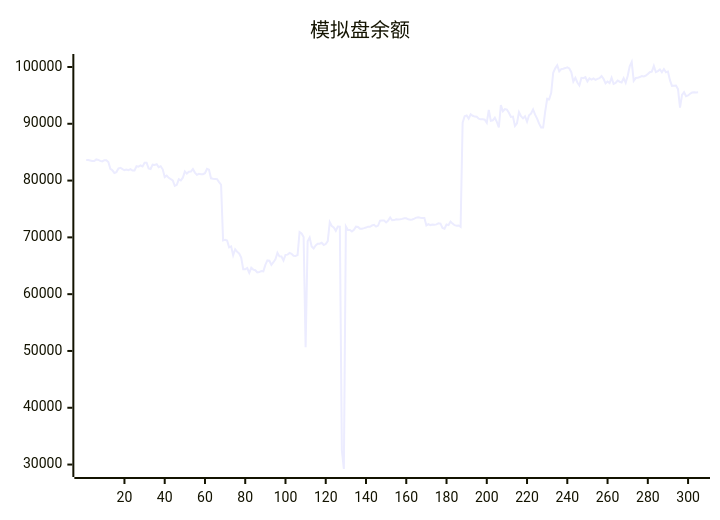
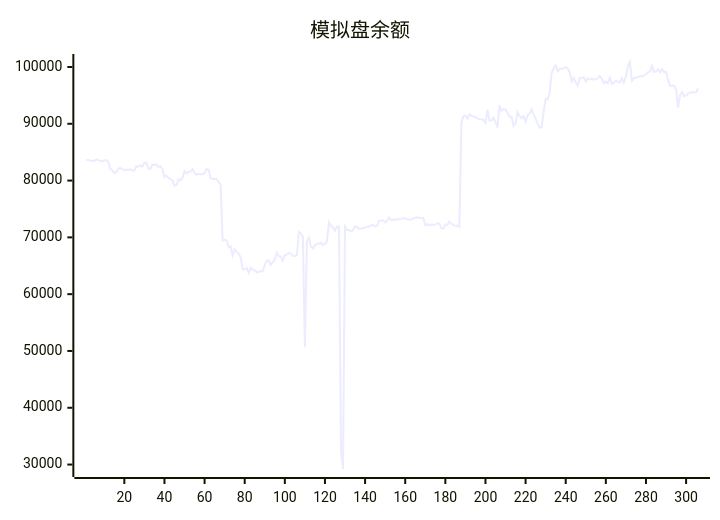
One commit to aahl/ai-trading changed the diagram in README.md. Above: the diagram before and after it, drawn with Mermaid. The commit also changed other lines of this file and 1 other file, not shown here.

````diff
--- a/README.md
+++ b/README.md
@@ -5,5 +5,5 @@
 ```mermaid
 xychart
     title "模拟盘余额"
-    line [83606,83602,83548,83440,83454,83724,83644,83464,83365,83590,83592,83275,82072,81806,81344,81492,82109,82254,82006,81848,81955,81829,82022,81769,81776,82522,82441,82656,82498,83144,83144,82150,82038,82797,82763,82872,82367,82536,81981,80612,80862,80484,80242,80034,79063,79245,80226,80016,80507,81625,81233,81544,81578,82016,81401,81019,81186,81130,81118,81306,82066,81909,80392,80304,80291,80258,79729,79261,69466,69579,69456,68251,68415,66832,67911,67462,67144,66432,64380,64375,64606,63740,64647,64324,64216,63842,63877,64078,64008,65156,65945,65888,65157,65625,66144,67284,66653,66639,65924,66925,66956,67263,67108,66766,66729,66886,70927,70673,70049,50652,69334,69973,68400,68061,68578,68876,68879,69055,68662,68822,69329,72687,71999,71760,71162,71911,71896,32500,29218,71927,71297,71305,71044,71337,71883,71822,71536,71536,71622,71723,71880,71860,72100,72216,71887,72077,72940,72976,72966,72638,72948,73497,73004,73041,73173,73160,73186,73258,73375,73351,73173,73098,73161,73305,73474,73536,73457,73413,73412,72100,72333,72164,72272,72204,72285,72461,72421,71652,71521,72267,72157,72774,72424,72144,72060,72091,71858,90185,91338,91466,90900,91678,91404,91268,91244,90903,90779,90787,90721,90187,92429,90518,90619,91070,90328,89376,93286,92202,92581,92485,91947,91196,91259,89619,90086,92063,91355,90950,91327,90373,91498,91800,92531,91603,90910,90031,89351,89334,92097,94406,94315,95455,98972,99763,100286,99229,99622,99701,99805,99938,99738,99082,97430,98094,97267,96741,98081,98013,98194,97447,97983,97789,97969,97729,97911,98043,98405,97912,97120,97448,97154,98095,97021,97190,97616,97402,97263,98035,97210,98424,100120,100876,97552,98049,98085,98228,98388,98342,98488,98750,99086,99181,100188,99107,99272,99553,99072,99636,99061,99186,97674,96679,96704,96743,96096,92830,95088,95560,94866,94995,95295,95497,95531,95527,95559]
+    line [83606,83602,83548,83440,83454,83724,83644,83464,83365,83590,83592,83275,82072,81806,81344,81492,82109,82254,82006,81848,81955,81829,82022,81769,81776,82522,82441,82656,82498,83144,83144,82150,82038,82797,82763,82872,82367,82536,81981,80612,80862,80484,80242,80034,79063,79245,80226,80016,80507,81625,81233,81544,81578,82016,81401,81019,81186,81130,81118,81306,82066,81909,80392,80304,80291,80258,79729,79261,69466,69579,69456,68251,68415,66832,67911,67462,67144,66432,64380,64375,64606,63740,64647,64324,64216,63842,63877,64078,64008,65156,65945,65888,65157,65625,66144,67284,66653,66639,65924,66925,66956,67263,67108,66766,66729,66886,70927,70673,70049,50652,69334,69973,68400,68061,68578,68876,68879,69055,68662,68822,69329,72687,71999,71760,71162,71911,71896,32500,29218,71927,71297,71305,71044,71337,71883,71822,71536,71536,71622,71723,71880,71860,72100,72216,71887,72077,72940,72976,72966,72638,72948,73497,73004,73041,73173,73160,73186,73258,73375,73351,73173,73098,73161,73305,73474,73536,73457,73413,73412,72100,72333,72164,72272,72204,72285,72461,72421,71652,71521,72267,72157,72774,72424,72144,72060,72091,71858,90185,91338,91466,90900,91678,91404,91268,91244,90903,90779,90787,90721,90187,92429,90518,90619,91070,90328,89376,93286,92202,92581,92485,91947,91196,91259,89619,90086,92063,91355,90950,91327,90373,91498,91800,92531,91603,90910,90031,89351,89334,92097,94406,94315,95455,98972,99763,100286,99229,99622,99701,99805,99938,99738,99082,97430,98094,97267,96741,98081,98013,98194,97447,97983,97789,97969,97729,97911,98043,98405,97912,97120,97448,97154,98095,97021,97190,97616,97402,97263,98035,97210,98424,100120,100876,97552,98049,98085,98228,98388,98342,98488,98750,99086,99181,100188,99107,99272,99553,99072,99636,99061,99186,97674,96679,96704,96743,96096,92830,95088,95560,94866,94995,95295,95497,95531,95527,95559,96236]
 ```
````
